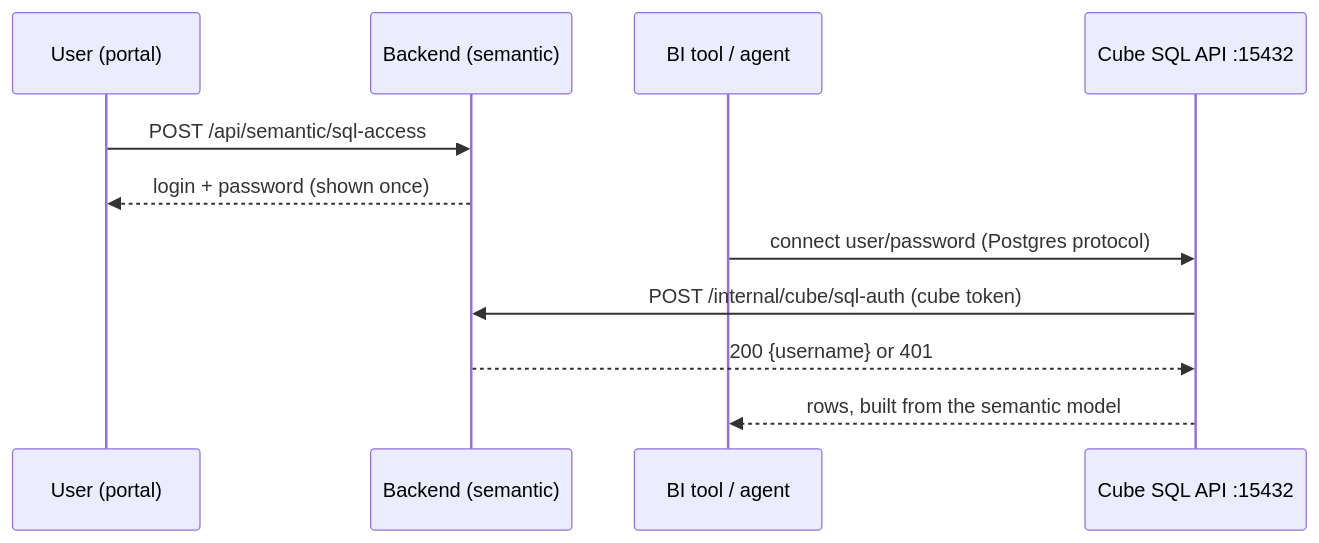
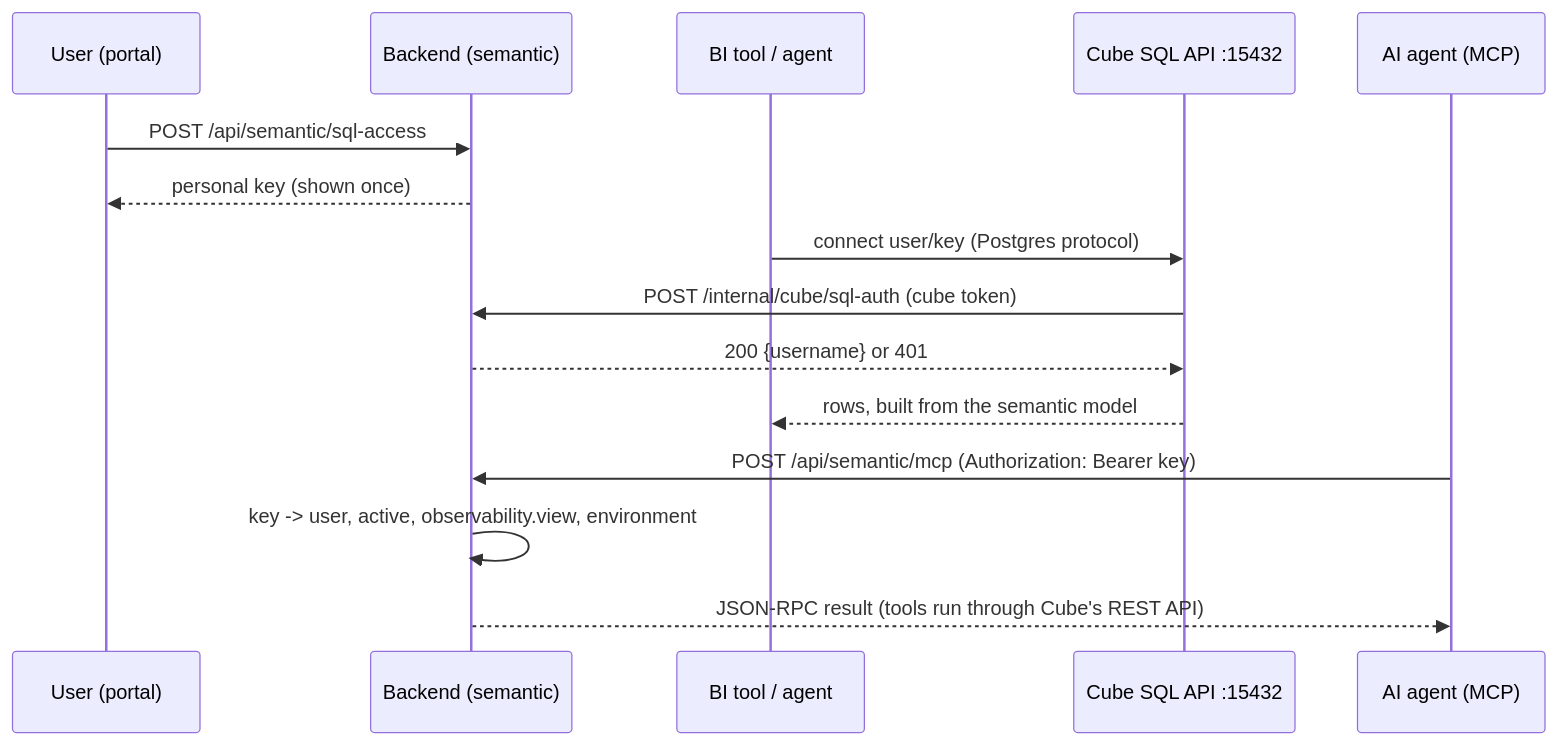
Before and after one commit to omaryehia015/capgemini-dbt-portal-deploy: the second of 2 diagrams in docs/SEMANTIC_LAYER.md, drawn with Mermaid. The commit also changed other lines of this file and 4 other files, not shown here.

First line of the commit message:
Docs: the semantic layer's MCP server and personal key

````diff
--- a/docs/SEMANTIC_LAYER.md
+++ b/docs/SEMANTIC_LAYER.md
@@ -142,13 +148,17 @@
 ```mermaid
 sequenceDiagram
   participant U as User (portal)
   participant B as Backend (semantic)
   participant T as BI tool / agent
   participant C as Cube SQL API :15432
+  participant A as AI agent (MCP)
   U->>B: POST /api/semantic/sql-access
-  B-->>U: login + password (shown once)
-  T->>C: connect user/password (Postgres protocol)
+  B-->>U: personal key (shown once)
+  T->>C: connect user/key (Postgres protocol)
   C->>B: POST /internal/cube/sql-auth (cube token)
   B-->>C: 200 {username} or 401
   C-->>T: rows, built from the semantic model
+  A->>B: POST /api/semantic/mcp (Authorization: Bearer key)
+  B->>B: key -> user, active, observability.view, environment
+  B-->>A: JSON-RPC result (tools run through Cube's REST API)
 ```
````
